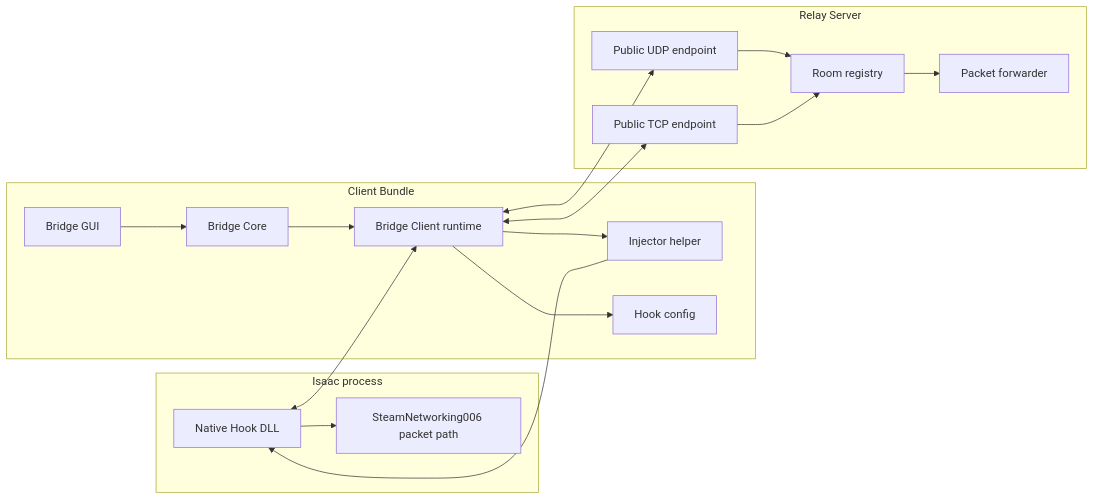
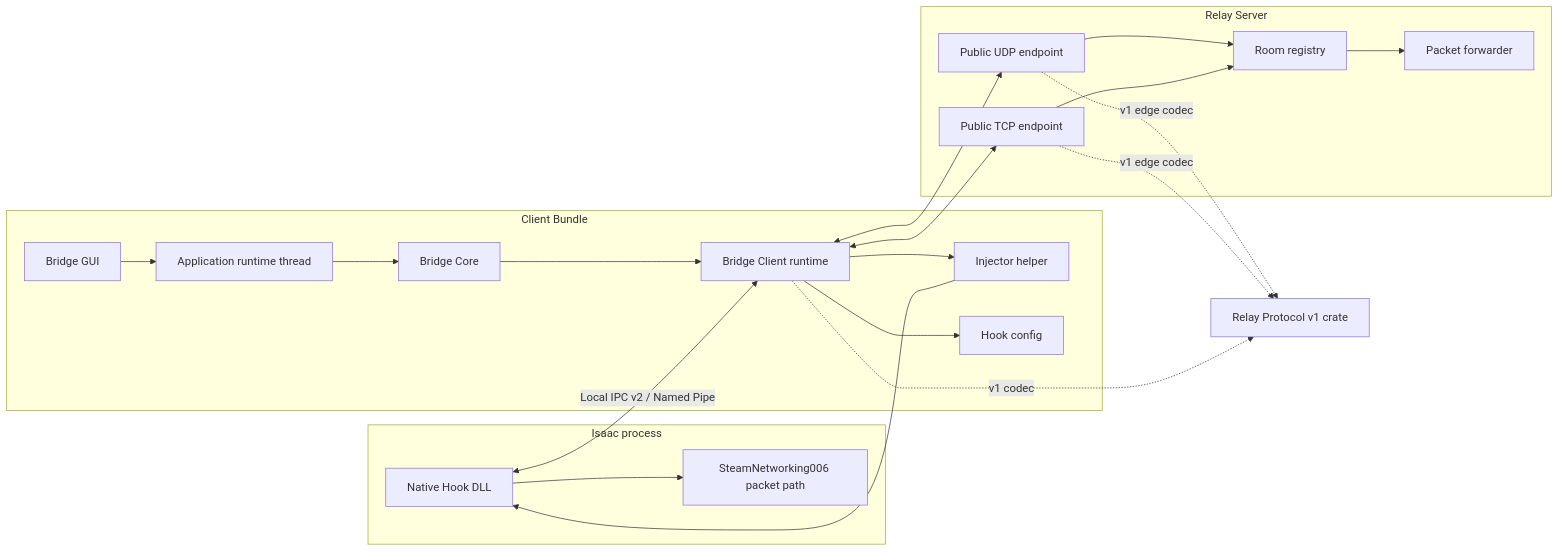
Before and after one commit to mcthesw/TractorBeam: the diagram in docs/architecture.md, drawn with Mermaid. The commit also changed other lines of this file and 3 other files, not shown here.

Commit message:
docs: document runtime and protocol boundaries

````diff
--- a/docs/architecture.md
+++ b/docs/architecture.md
@@ -6,35 +6,42 @@
 ```mermaid
 flowchart LR
     subgraph Isaac["Isaac process"]
         Hook["Native Hook DLL"]
         SteamPath["SteamNetworking006 packet path"]
         Hook --> SteamPath
     end
 
     subgraph Bundle["Client Bundle"]
         Gui["Bridge GUI"]
+        App["Application runtime thread"]
         Core["Bridge Core"]
         Client["Bridge Client runtime"]
         Injector["Injector helper"]
         Config["Hook config"]
-        Gui --> Core
+        Gui --> App
+        App --> Core
         Core --> Client
         Client --> Config
         Client --> Injector
     end
 
     subgraph Relay["Relay Server"]
         Udp["Public UDP endpoint"]
         Tcp["Public TCP endpoint"]
         Rooms["Room registry"]
         Forwarder["Packet forwarder"]
         Udp --> Rooms
         Tcp --> Rooms
         Rooms --> Forwarder
     end
 
-    Hook <--> Client
+    RelayProtocol["Relay Protocol v1 crate"]
+
+    Hook <-->|"Local IPC v2 / Named Pipe"| Client
+    Client -. "v1 codec" .-> RelayProtocol
+    Udp -. "v1 edge codec" .-> RelayProtocol
+    Tcp -. "v1 edge codec" .-> RelayProtocol
     Client <--> Udp
     Client <--> Tcp
     Injector --> Hook
 ```
````
